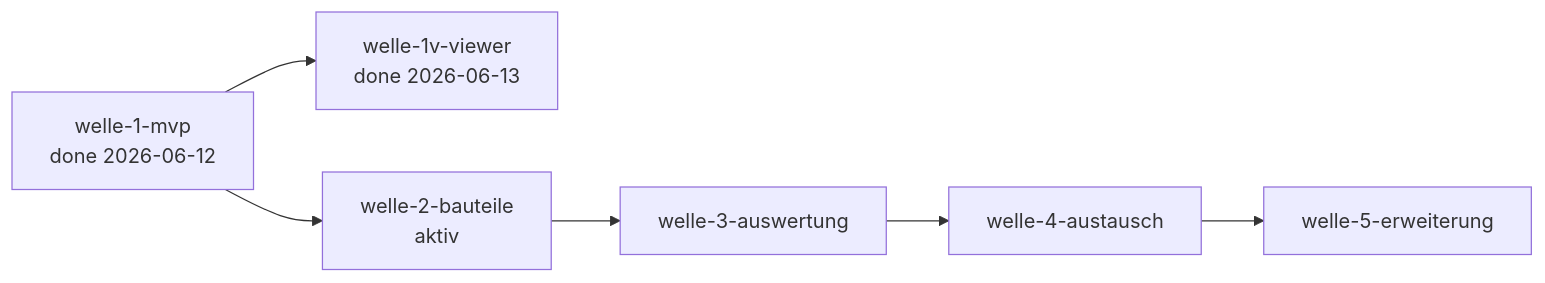
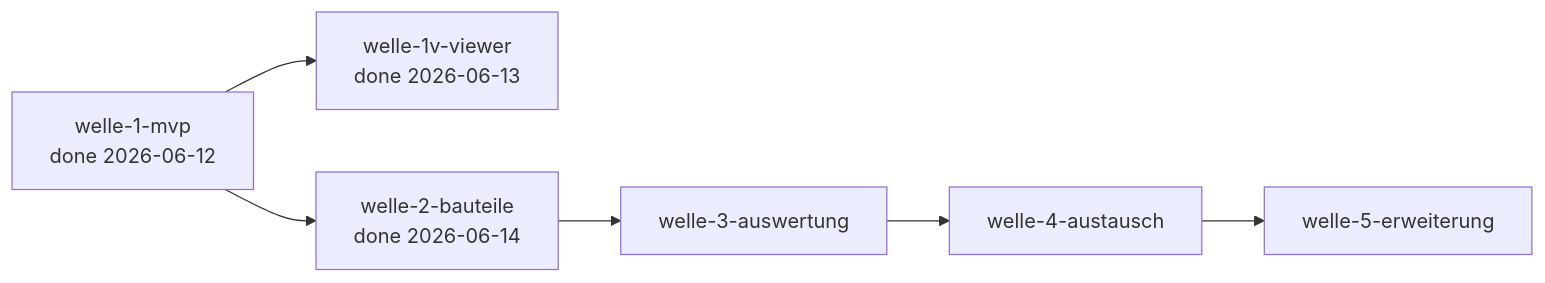
The diagram in docs/plan/planning/in-progress/roadmap.md (pt9912/b-cad), drawn with Mermaid before and after one commit. The commit also changed other lines of this file and 7 other files, not shown here.

First line of the commit message:
docs(plan): welle-2-bauteile Closure — Ergebnisnotiz + Roadmap-Umbuchung (M2 erreicht, ADR-0011)

````diff
--- a/docs/plan/planning/in-progress/roadmap.md
+++ b/docs/plan/planning/in-progress/roadmap.md
@@ -103,12 +46,12 @@
 ```mermaid
 flowchart LR
     W1[welle-1-mvp<br/>done 2026-06-12]
     W1V[welle-1v-viewer<br/>done 2026-06-13]
-    W2[welle-2-bauteile<br/>aktiv]
+    W2[welle-2-bauteile<br/>done 2026-06-14]
     W3[welle-3-auswertung]
     W4[welle-4-austausch]
     W5[welle-5-erweiterung]
 
     W1 --> W1V
     W1 --> W2 --> W3 --> W4 --> W5
 ```
````
